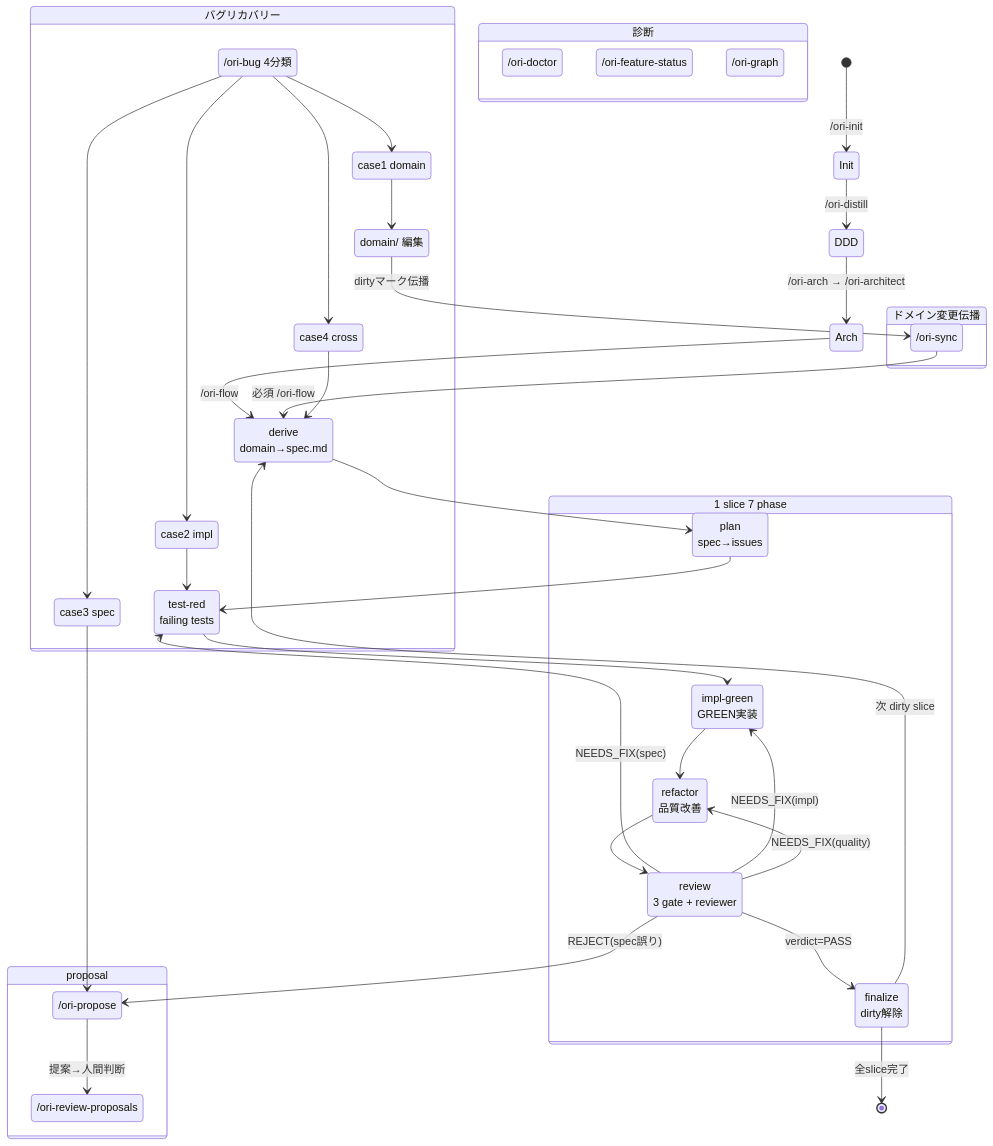
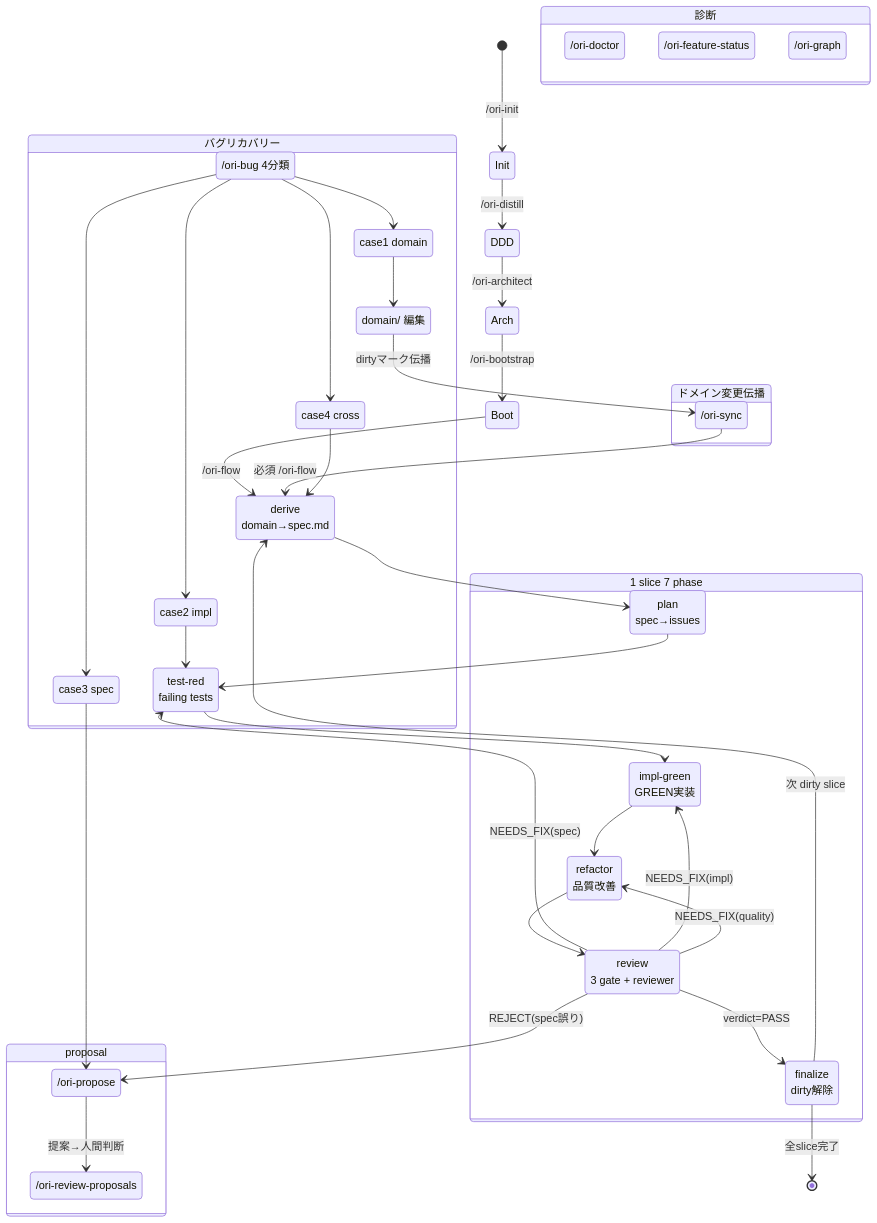
One commit to dev-komenzar/ori changed the diagram in README.md. Above: the diagram before and after it, drawn with Mermaid. The commit also changed other lines of this file and 171 other files, not shown here.

First line of the commit message:
フロー刷新: /ori-arch を /ori-architect に統合し /ori-bootstrap を新設 (ori-63f) (#106)

````diff
--- a/README.md
+++ b/README.md
@@ -86,69 +87,70 @@
 ```mermaid
 stateDiagram-v2
     [*] --> Init: /ori-init
     Init --> DDD: /ori-distill
-    DDD --> Arch: /ori-arch → /ori-architect
+    DDD --> Arch: /ori-architect
+    Arch --> Boot: /ori-bootstrap
     
-    Arch --> FlowDerive: /ori-flow <id>
+    Boot --> FlowDerive: /ori-flow <id>
     
     state "1 slice 7 phase" as s7 {
         FlowDerive: derive<br/>domain→spec.md
         FlowPlan: plan<br/>spec→issues
         FlowTestRed: test-red<br/>failing tests
         FlowImplGreen: impl-green<br/>GREEN実装
         FlowRefactor: refactor<br/>品質改善
         FlowReview: review<br/>3 gate + reviewer
         FlowFinalize: finalize<br/>dirty解除
         
         FlowDerive --> FlowPlan
         FlowPlan --> FlowTestRed
         FlowTestRed --> FlowImplGreen
         FlowImplGreen --> FlowRefactor
         FlowRefactor --> FlowReview
         FlowReview --> FlowFinalize: verdict=PASS
         FlowReview --> FlowTestRed: NEEDS_FIX(spec)
         FlowReview --> FlowImplGreen: NEEDS_FIX(impl)
         FlowReview --> FlowRefactor: NEEDS_FIX(quality)
         FlowReview --> FlowPropose: REJECT(spec誤り)
     }
     
     FlowFinalize --> FlowDerive: 次 dirty slice
     FlowFinalize --> [*]: 全slice完了
     
     state "ドメイン変更伝播" as dc {
         DomainEdit: domain/ 編集
         Sync: /ori-sync
         DomainEdit --> Sync: dirtyマーク伝播
         Sync --> FlowDerive: 必須 /ori-flow
     }
     
     state "バグリカバリー" as bug {
         BugTriage: /ori-bug 4分類
         BugC1: case1 domain
         BugC2: case2 impl
         BugC3: case3 spec
         BugC4: case4 cross
         
         BugTriage --> BugC1
         BugTriage --> BugC2
         BugTriage --> BugC3
         BugTriage --> BugC4
         
         BugC1 --> DomainEdit
         BugC2 --> FlowTestRed
         BugC3 --> FlowPropose
         BugC4 --> FlowDerive
     }
     
     state "proposal" as prop {
         FlowPropose: /ori-propose
         ReviewProposals: /ori-review-proposals
         FlowPropose --> ReviewProposals: 提案→人間判断
     }
     
     state "診断" as diag {
         Doctor: /ori-doctor
         FeatStatus: /ori-feature-status
         Graph: /ori-graph
     }
 ```
````
